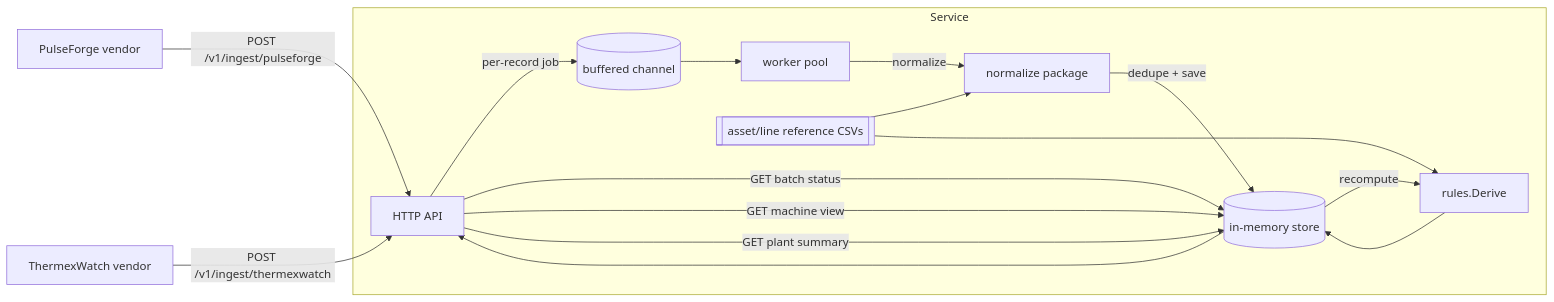
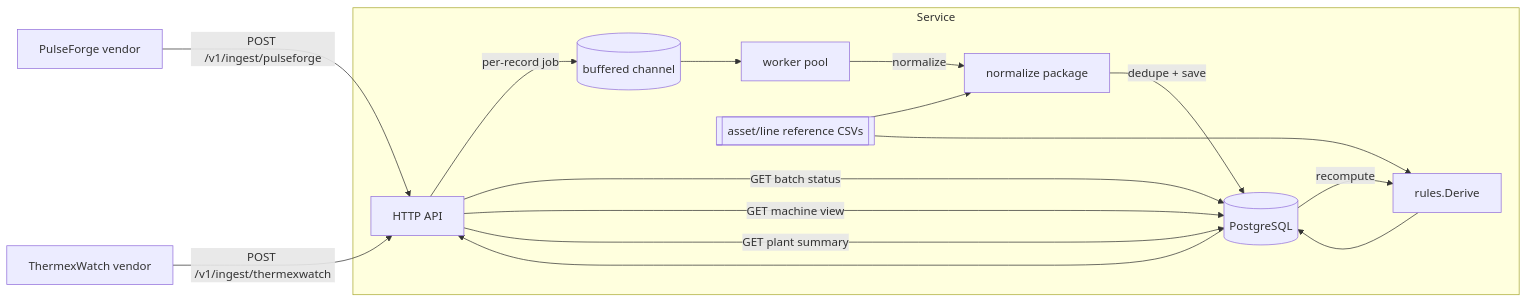
Before and after one commit to fyoder1821/aurik-equipment-monitor: the diagram in README.md, drawn with Mermaid. The commit also changed other lines of this file and 1 other file, not shown here.

First line of the commit message:
Update README and DESIGN_NOTE for the PostgreSQL migration

````diff
--- a/README.md
+++ b/README.md
@@ -17,21 +18,21 @@
 ```mermaid
 flowchart LR
     PF[PulseForge vendor] -->|POST /v1/ingest/pulseforge| API
     TW[ThermexWatch vendor] -->|POST /v1/ingest/thermexwatch| API
 
     subgraph Service
         API[HTTP API] -->|per-record job| Queue[(buffered channel)]
         Queue --> Worker[worker pool]
         Worker -->|normalize| Normalize[normalize package]
-        Normalize -->|dedupe + save| Store[(in-memory store)]
+        Normalize -->|dedupe + save| Store[(PostgreSQL)]
         Store -->|recompute| Rules[rules.Derive]
         Rules --> Store
         RefData[[asset/line reference CSVs]] --> Normalize
         RefData --> Rules
     end
 
     API -->|GET batch status| Store
     API -->|GET machine view| Store
     API -->|GET plant summary| Store
     Store --> API
 ```
````
